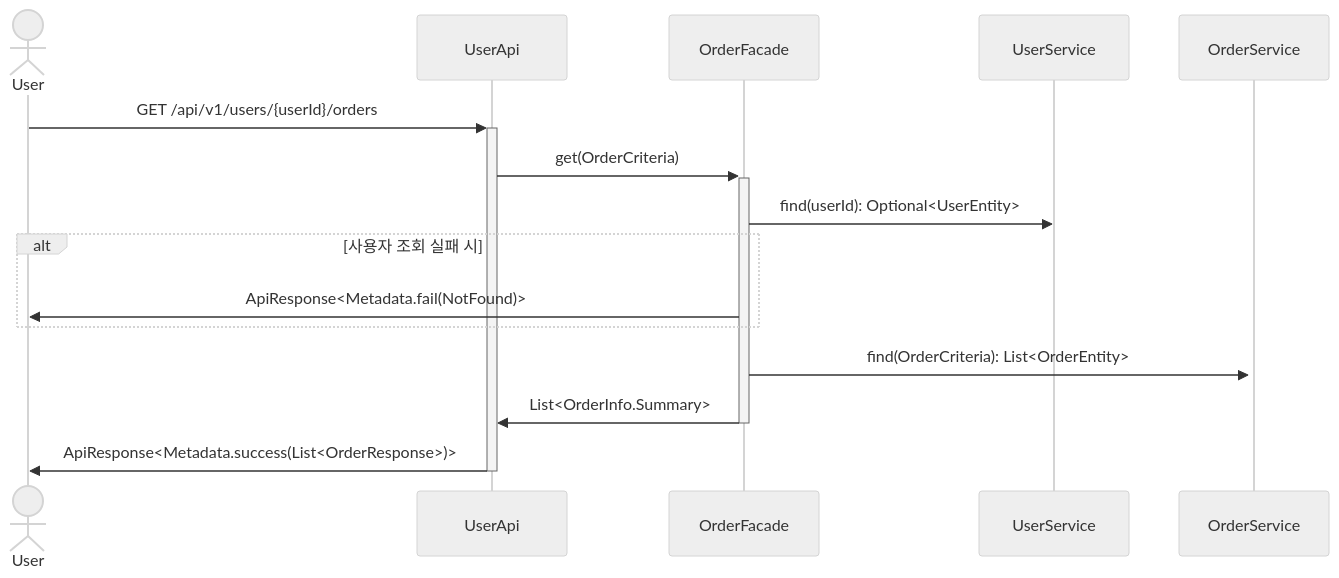
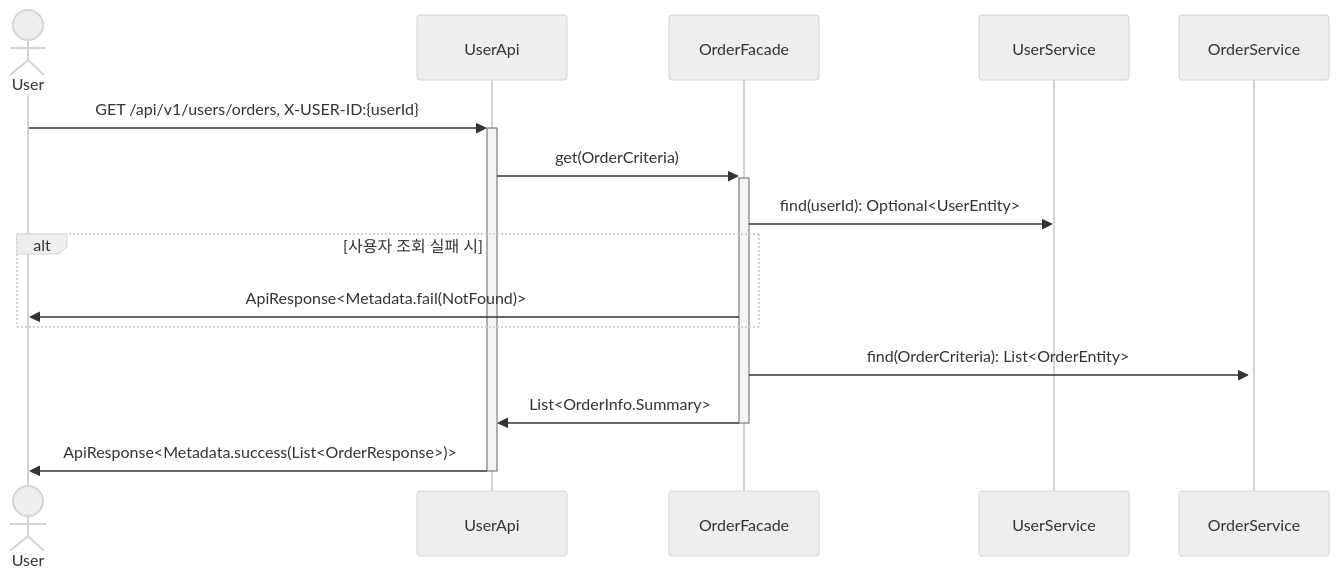
Before and after one commit to Iol-lshh/loopers_be_practice_byjava: the eighth of 9 diagrams in docs/design/02-sequence-diagrams.md, drawn with Mermaid (neutral theme). The commit also changed other lines of this file and 100 other files, not shown here.

````diff
--- a/docs/design/02-sequence-diagrams.md
+++ b/docs/design/02-sequence-diagrams.md
@@ -170,13 +170,13 @@
 ```mermaid
 sequenceDiagram
     actor User
-    User->>+UserApi: GET /api/v1/users/{userId}/orders
+    User->>+UserApi: GET /api/v1/users/orders, X-USER-ID:{userId}
     UserApi->>+OrderFacade: get(OrderCriteria)
     OrderFacade->>UserService: find(userId): Optional<UserEntity>
     alt 사용자 조회 실패 시
         OrderFacade->>User: ApiResponse<Metadata.fail(NotFound)>
     end
     OrderFacade->>+OrderService: find(OrderCriteria): List<OrderEntity>
     OrderFacade->>-UserApi: List<OrderInfo.Summary>
     UserApi->>-User: ApiResponse<Metadata.success(List<OrderResponse>)>
 ```
````
